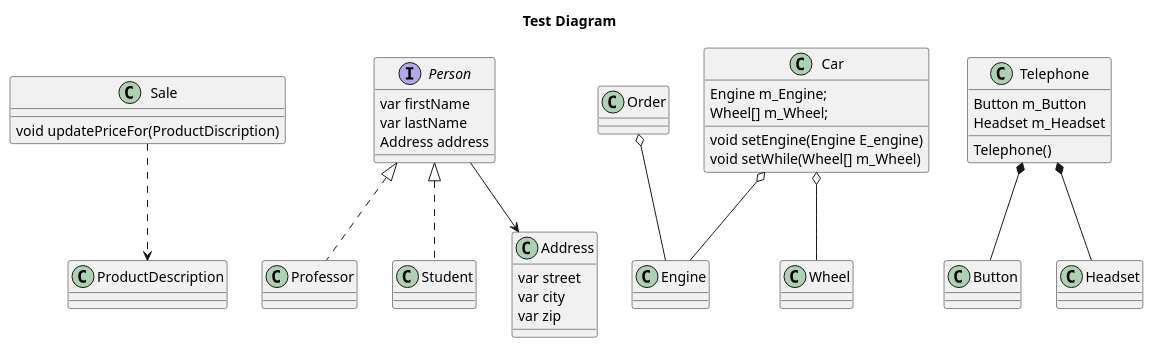
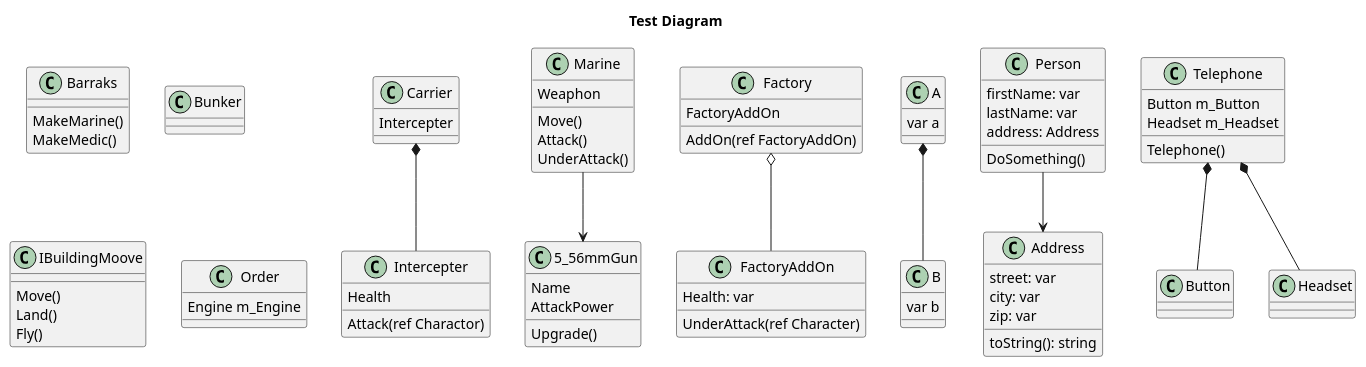
Before and after one commit to JuneJobs/Microserveice: the diagram in classDiagramTest.wsd, drawn with PlantUML. The commit also changed 2 other files, not shown here.

Commit message:
Add Class Diagram files for study

```diff
--- a/classDiagramTest.wsd
+++ b/classDiagramTest.wsd
@@ -1,71 +1,151 @@
 @startuml
 title Test Diagram
-    class Sale {
-        void updatePriceFor(ProductDiscription) 
+/'
+    class Building{
+        Health
+        Ammor
+        construct()
+        underattack()
     }
-    class ProductDescription{
+'/
+    class Carrier {
+        Intercepter
+    }
+    
+    class Intercepter {
+        Health
+        Attack(ref Charactor)
+    }
+
+    Carrier *-- Intercepter
+
+    class Barraks{
+        MakeMarine()
+        MakeMedic()
+    }
+
+    class Marine {
+        Weaphon
+        Move()
+        Attack()
+        UnderAttack()
+    }
+    class 5_56mmGun {
+        Name
+        AttackPower
+        Upgrade()
+    }
+    Marine --> 5_56mmGun
+/'
+    class Medic {
+        Move()
+        UnderAttack()
+        Healing()
+    }
+    Barraks ..> Marine
+    Barraks ..>Medic
+'/
+    class Factory{
+        FactoryAddOn
+        AddOn(ref FactoryAddOn)
+    }
+    
+    class FactoryAddOn {
+        Health: var
+        UnderAttack(ref Character)
+    }
+    Factory o-- FactoryAddOn
+
+    class Bunker{
 
     }
-    
-    Sale ..> ProductDescription
+/'
+    Building <|-- Barraks
+    Building <|-- Factory
+    Building <|-- Bunker
+'/
+    class IBuildingMoove {
+        Move()
+        Land()
+        Fly()
+    }
+/'
+    Barraks ..|> IBuildingMoove
+    Factory ..|> IBuildingMoove
+'/
+    class A{
+        var a
+    }
+    class B{
+        var b
+    }
+    A *-- B
 
-    interface Person {
+    Class Person {
+        firstName: var
+        lastName: var
+        address: Address
+        DoSomething()
+    }
+    /'    
         var firstName
         var lastName
         Address address
-    }
     class Professor {
-
+        Selary: dollor
     }
     Person <|.. Professor
  
     class Student {
-
+        Major: var 
     }
     Person <|.. Student
 
+   '/
+    
     Class Address {
-        var street
-        var city
-        var zip
+        street: var
+        city: var
+        zip: var
+        toString(): string
     }
     Person --> Address
-
+    
     class Order {
-    
+        Engine m_Engine
     } 
-
+/'
     class Car {
-        Engine m_Engine;
-        Wheel[] m_Wheel;
+        Engine m_Engine
+        Wheel[] m_Wheel
 
         void setEngine(Engine E_engine)
         void setWhile(Wheel[] m_Wheel)
     }
 
     class Engine {
 
     }
 
     class Wheel {
 
     }
     Car o-- Engine
     Car o-- Wheel
     Order o-- Engine
-
+'/
     class Telephone {
         Button m_Button
         Headset m_Headset
 
         Telephone()
     }
     class Button {
 
     }
     class Headset {
 
     }
     Telephone *-- Button
     Telephone *-- Headset
 @enduml
```
